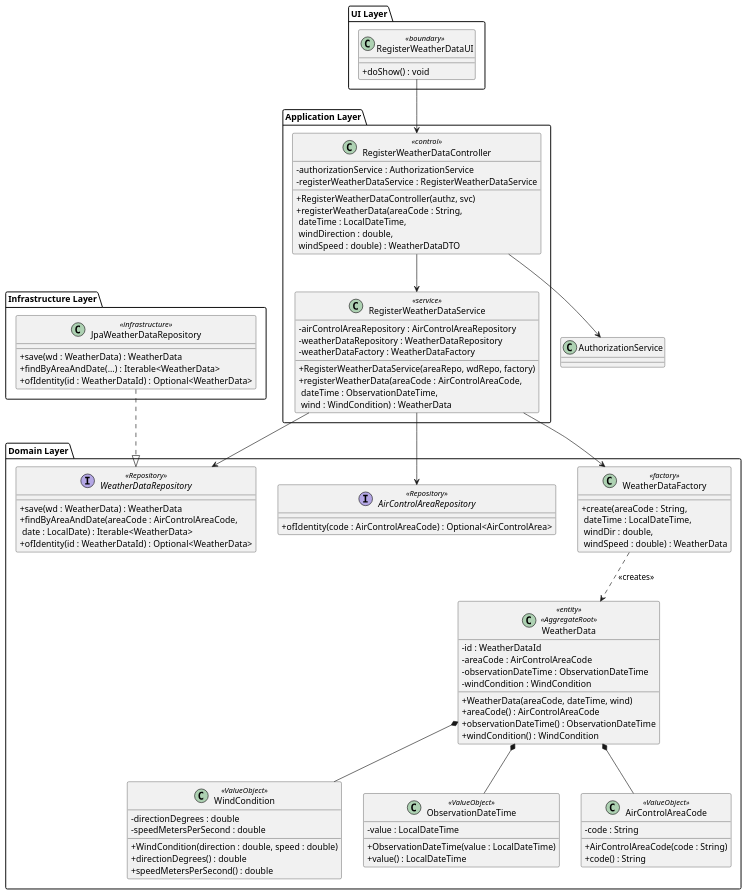
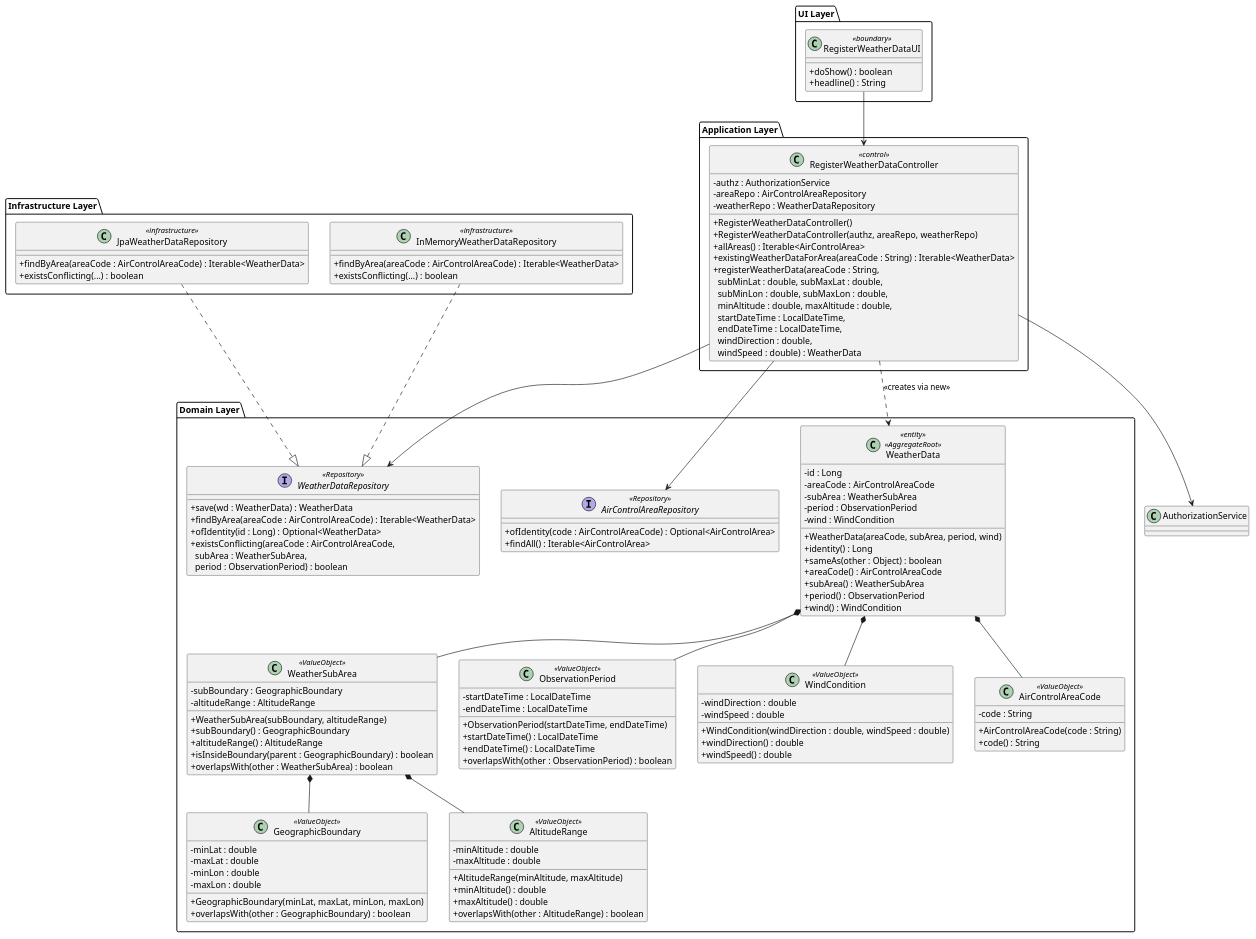
The diagram in docs/Sprint 2/EAPLI/US041/puml/US041-class-diagram.puml (DuartePinto1240/sem4pi2526-sem4pi2526_2da2), drawn with PlantUML before and after one commit. The commit also changed 27 other files, not shown here.

```diff
--- a/docs/Sprint 2/EAPLI/US041/puml/US041-class-diagram.puml
+++ b/docs/Sprint 2/EAPLI/US041/puml/US041-class-diagram.puml
@@ -1,98 +1,134 @@
 @startuml
 skinparam classAttributeIconSize 0
 
 package "UI Layer" {
   class RegisterWeatherDataUI <<boundary>> {
-    + doShow() : void
+    + doShow() : boolean
+    + headline() : String
   }
 }
 
 package "Application Layer" {
   class RegisterWeatherDataController <<control>> {
-    - authorizationService : AuthorizationService
-    - registerWeatherDataService : RegisterWeatherDataService
-    + RegisterWeatherDataController(authz, svc)
-    + registerWeatherData(areaCode : String,\n dateTime : LocalDateTime,\n windDirection : double,\n windSpeed : double) : WeatherDataDTO
-  }
-
-  class RegisterWeatherDataService <<service>> {
-    - airControlAreaRepository : AirControlAreaRepository
-    - weatherDataRepository : WeatherDataRepository
-    - weatherDataFactory : WeatherDataFactory
-    + RegisterWeatherDataService(areaRepo, wdRepo, factory)
-    + registerWeatherData(areaCode : AirControlAreaCode,\n dateTime : ObservationDateTime,\n wind : WindCondition) : WeatherData
+    - authz : AuthorizationService
+    - areaRepo : AirControlAreaRepository
+    - weatherRepo : WeatherDataRepository
+    + RegisterWeatherDataController()
+    + RegisterWeatherDataController(authz, areaRepo, weatherRepo)
+    + allAreas() : Iterable<AirControlArea>
+    + existingWeatherDataForArea(areaCode : String) : Iterable<WeatherData>
+    + registerWeatherData(areaCode : String,\n  subMinLat : double, subMaxLat : double,\n  subMinLon : double, subMaxLon : double,\n  minAltitude : double, maxAltitude : double,\n  startDateTime : LocalDateTime,\n  endDateTime : LocalDateTime,\n  windDirection : double,\n  windSpeed : double) : WeatherData
   }
 }
 
 package "Domain Layer" {
+
   class WeatherData <<entity>> <<AggregateRoot>> {
-    - id : WeatherDataId
+    - id : Long
     - areaCode : AirControlAreaCode
-    - observationDateTime : ObservationDateTime
-    - windCondition : WindCondition
-    + WeatherData(areaCode, dateTime, wind)
+    - subArea : WeatherSubArea
+    - period : ObservationPeriod
+    - wind : WindCondition
+    + WeatherData(areaCode, subArea, period, wind)
+    + identity() : Long
+    + sameAs(other : Object) : boolean
     + areaCode() : AirControlAreaCode
-    + observationDateTime() : ObservationDateTime
-    + windCondition() : WindCondition
+    + subArea() : WeatherSubArea
+    + period() : ObservationPeriod
+    + wind() : WindCondition
   }
 
-  class WeatherDataFactory <<factory>> {
-    + create(areaCode : String,\n dateTime : LocalDateTime,\n windDir : double,\n windSpeed : double) : WeatherData
+  class WeatherSubArea <<ValueObject>> {
+    - subBoundary : GeographicBoundary
+    - altitudeRange : AltitudeRange
+    + WeatherSubArea(subBoundary, altitudeRange)
+    + subBoundary() : GeographicBoundary
+    + altitudeRange() : AltitudeRange
+    + isInsideBoundary(parent : GeographicBoundary) : boolean
+    + overlapsWith(other : WeatherSubArea) : boolean
+  }
+
+  class GeographicBoundary <<ValueObject>> {
+    - minLat : double
+    - maxLat : double
+    - minLon : double
+    - maxLon : double
+    + GeographicBoundary(minLat, maxLat, minLon, maxLon)
+    + overlapsWith(other : GeographicBoundary) : boolean
+  }
+
+  class AltitudeRange <<ValueObject>> {
+    - minAltitude : double
+    - maxAltitude : double
+    + AltitudeRange(minAltitude, maxAltitude)
+    + minAltitude() : double
+    + maxAltitude() : double
+    + overlapsWith(other : AltitudeRange) : boolean
+  }
+
+  class ObservationPeriod <<ValueObject>> {
+    - startDateTime : LocalDateTime
+    - endDateTime : LocalDateTime
+    + ObservationPeriod(startDateTime, endDateTime)
+    + startDateTime() : LocalDateTime
+    + endDateTime() : LocalDateTime
+    + overlapsWith(other : ObservationPeriod) : boolean
   }
 
   class WindCondition <<ValueObject>> {
-    - directionDegrees : double
-    - speedMetersPerSecond : double
-    + WindCondition(direction : double, speed : double)
-    + directionDegrees() : double
-    + speedMetersPerSecond() : double
-  }
-
-  class ObservationDateTime <<ValueObject>> {
-    - value : LocalDateTime
-    + ObservationDateTime(value : LocalDateTime)
-    + value() : LocalDateTime
+    - windDirection : double
+    - windSpeed : double
+    + WindCondition(windDirection : double, windSpeed : double)
+    + windDirection() : double
+    + windSpeed() : double
   }
 
   class AirControlAreaCode <<ValueObject>> {
     - code : String
     + AirControlAreaCode(code : String)
     + code() : String
   }
 
   interface WeatherDataRepository <<Repository>> {
     + save(wd : WeatherData) : WeatherData
-    + findByAreaAndDate(areaCode : AirControlAreaCode,\n date : LocalDate) : Iterable<WeatherData>
-    + ofIdentity(id : WeatherDataId) : Optional<WeatherData>
+    + findByArea(areaCode : AirControlAreaCode) : Iterable<WeatherData>
+    + ofIdentity(id : Long) : Optional<WeatherData>
+    + existsConflicting(areaCode : AirControlAreaCode,\n  subArea : WeatherSubArea,\n  period : ObservationPeriod) : boolean
   }
 
   interface AirControlAreaRepository <<Repository>> {
     + ofIdentity(code : AirControlAreaCode) : Optional<AirControlArea>
+    + findAll() : Iterable<AirControlArea>
   }
 }
 
 package "Infrastructure Layer" {
   class JpaWeatherDataRepository <<infrastructure>> {
-    + save(wd : WeatherData) : WeatherData
-    + findByAreaAndDate(...) : Iterable<WeatherData>
-    + ofIdentity(id : WeatherDataId) : Optional<WeatherData>
+    + findByArea(areaCode : AirControlAreaCode) : Iterable<WeatherData>
+    + existsConflicting(...) : boolean
+  }
+  class InMemoryWeatherDataRepository <<infrastructure>> {
+    + findByArea(areaCode : AirControlAreaCode) : Iterable<WeatherData>
+    + existsConflicting(...) : boolean
   }
 }
 
 RegisterWeatherDataUI --> RegisterWeatherDataController
-RegisterWeatherDataController --> RegisterWeatherDataService
+
 RegisterWeatherDataController --> AuthorizationService
+RegisterWeatherDataController --> AirControlAreaRepository
+RegisterWeatherDataController --> WeatherDataRepository
+RegisterWeatherDataController ..> WeatherData : <<creates via new>>
 
-RegisterWeatherDataService --> WeatherDataFactory
-RegisterWeatherDataService --> WeatherDataRepository
-RegisterWeatherDataService --> AirControlAreaRepository
+WeatherData *-- AirControlAreaCode
+WeatherData *-- WeatherSubArea
+WeatherData *-- ObservationPeriod
+WeatherData *-- WindCondition
 
-WeatherDataFactory ..> WeatherData : <<creates>>
-
-WeatherData *-- WindCondition
-WeatherData *-- ObservationDateTime
-WeatherData *-- AirControlAreaCode
+WeatherSubArea *-- GeographicBoundary
+WeatherSubArea *-- AltitudeRange
 
 JpaWeatherDataRepository ..|> WeatherDataRepository
+InMemoryWeatherDataRepository ..|> WeatherDataRepository
 
 @enduml
```
